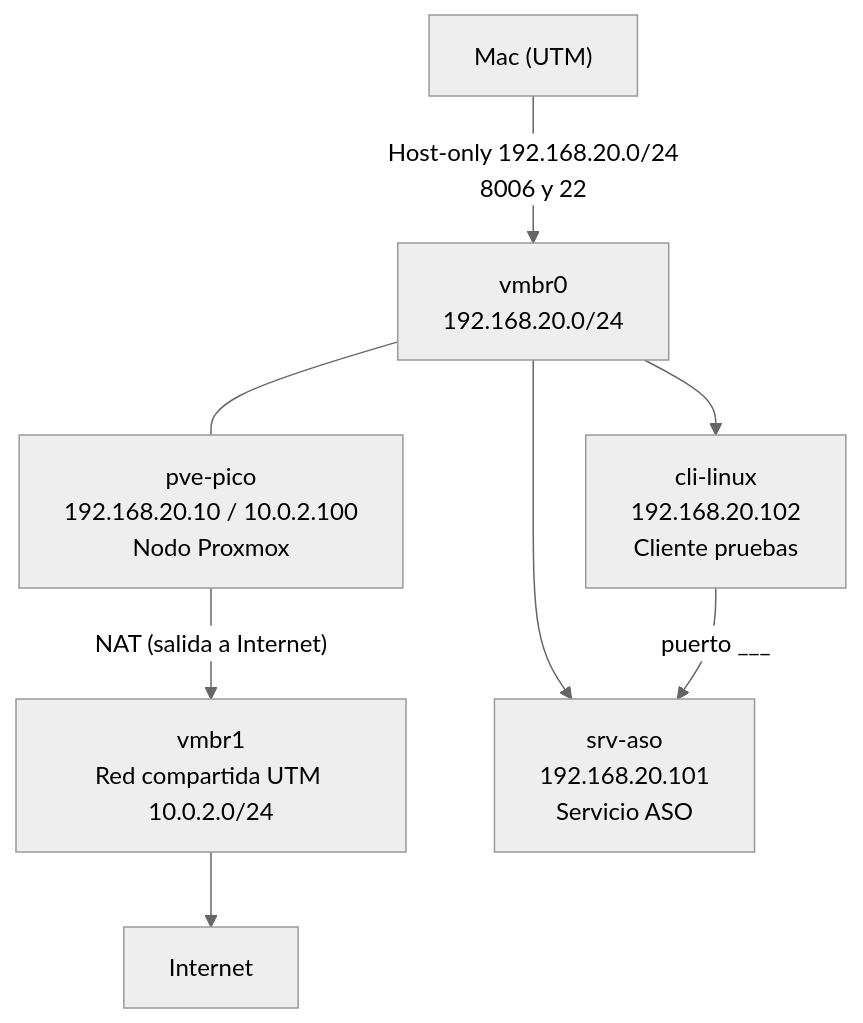
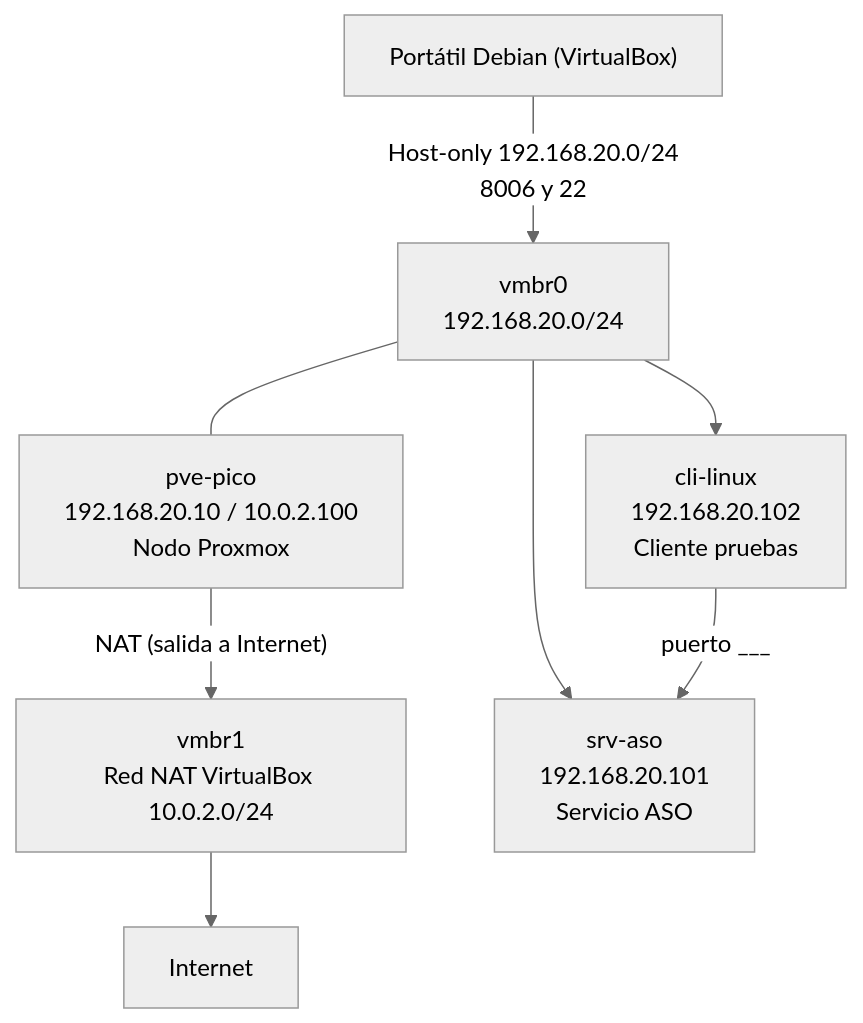
One commit to brunopico/pi-proxmox-pico-bruno changed the diagram in docs/02-diagrama-red.md. Above: the diagram before and after it, drawn with Mermaid (neutral theme). The commit also changed other lines of this file and 24 other files, not shown here.

Commit message:
Fases 3 y 4 en VirtualBox: evidencias, documentación y bitácora sesión 07

````diff
--- a/docs/02-diagrama-red.md
+++ b/docs/02-diagrama-red.md
@@ -52,10 +57,10 @@
 ```mermaid
 flowchart TD
-    Mac["Mac (UTM)"] -->|"Host-only 192.168.20.0/24<br>8006 y 22"| VMBR0["vmbr0<br>192.168.20.0/24"]
+    Mac["Portátil Debian (VirtualBox)"] -->|"Host-only 192.168.20.0/24<br>8006 y 22"| VMBR0["vmbr0<br>192.168.20.0/24"]
     VMBR0 --- PVE["pve-pico<br>192.168.20.10 / 10.0.2.100<br>Nodo Proxmox"]
-    PVE -->|"NAT (salida a Internet)"| VMBR1["vmbr1<br>Red compartida UTM 10.0.2.0/24"]
+    PVE -->|"NAT (salida a Internet)"| VMBR1["vmbr1<br>Red NAT VirtualBox 10.0.2.0/24"]
     VMBR1 --> NET["Internet"]
     VMBR0 --> SRV["srv-aso<br>192.168.20.101<br>Servicio ASO"]
     VMBR0 --> CLI["cli-linux<br>192.168.20.102<br>Cliente pruebas"]
     CLI -->|"puerto ___"| SRV
 ```
````
